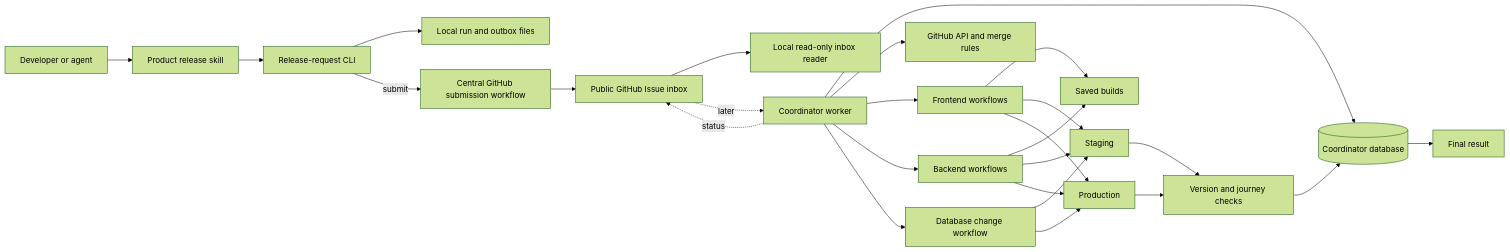
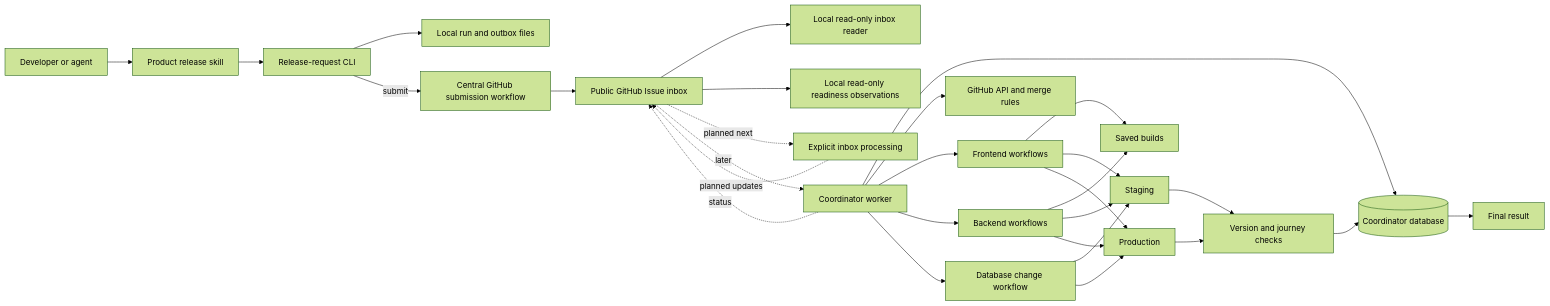
The diagram in docs/design.md (6529-Collections/6529-release-coordinator), drawn with Mermaid (forest theme) before and after one commit. The commit also changed other lines of this file and 9 other files, not shown here.

Commit message:
Document inbox processing and ticket lifecycle plan

````diff
--- a/docs/design.md
+++ b/docs/design.md
@@ -95,30 +109,33 @@
 ```mermaid
 flowchart LR
     U[Developer or agent] --> S[Product release skill]
     S --> CLI[Release-request CLI]
     CLI --> LOCAL[Local run and outbox files]
     CLI -->|submit| GHIN[Central GitHub submission workflow]
     GHIN --> INBOX[Public GitHub Issue inbox]
     INBOX --> R[Local read-only inbox reader]
+    INBOX --> RC[Local read-only readiness observations]
+    INBOX -. planned next .-> IP[Explicit inbox processing]
+    IP -. planned updates .-> INBOX
     INBOX -. later .-> W[Coordinator worker]
     W --> DB[(Coordinator database)]
 
     W --> GH[GitHub API and merge rules]
     W --> FE[Frontend workflows]
     W --> BE[Backend workflows]
     W --> DBC[Database change workflow]
     FE --> ART[Saved builds]
     BE --> ART
     FE --> STG[Staging]
     BE --> STG
     FE --> PROD[Production]
     BE --> PROD
     DBC --> STG
     DBC --> PROD
 
     STG --> E2E[Version and journey checks]
     PROD --> E2E
     E2E --> DB
     DB --> C[Final result]
     W -. status .-> INBOX
 ```
````
